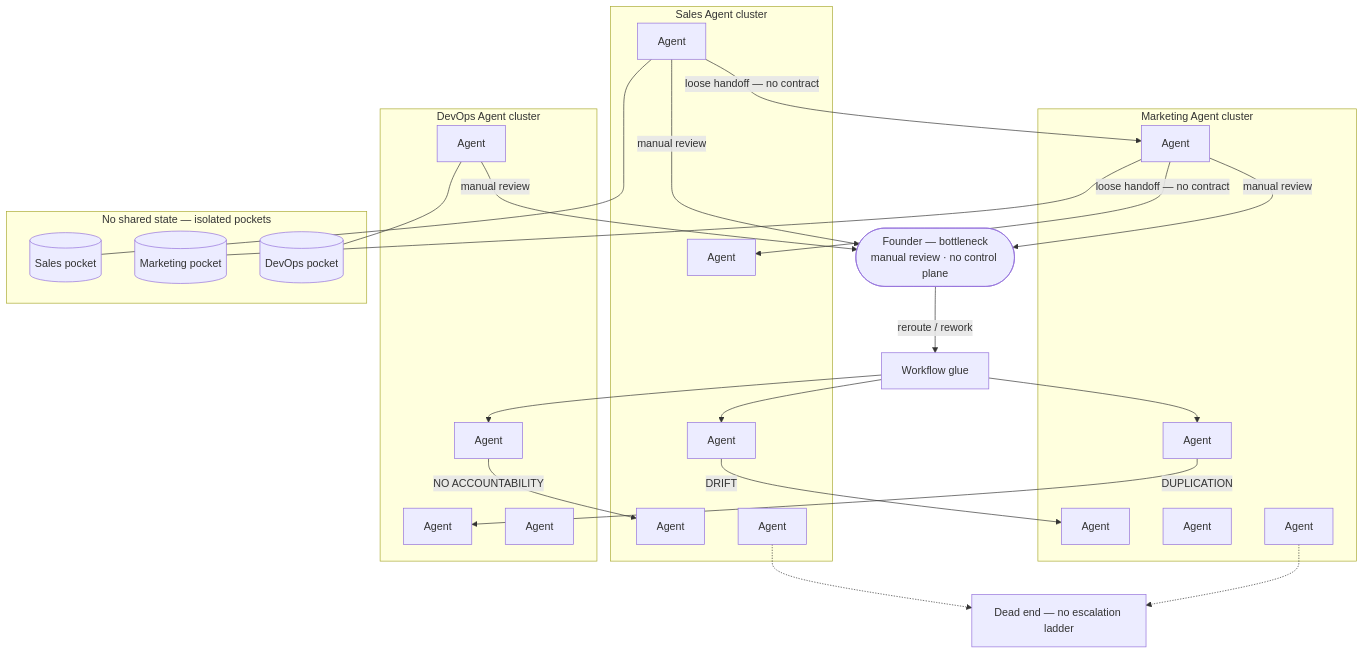
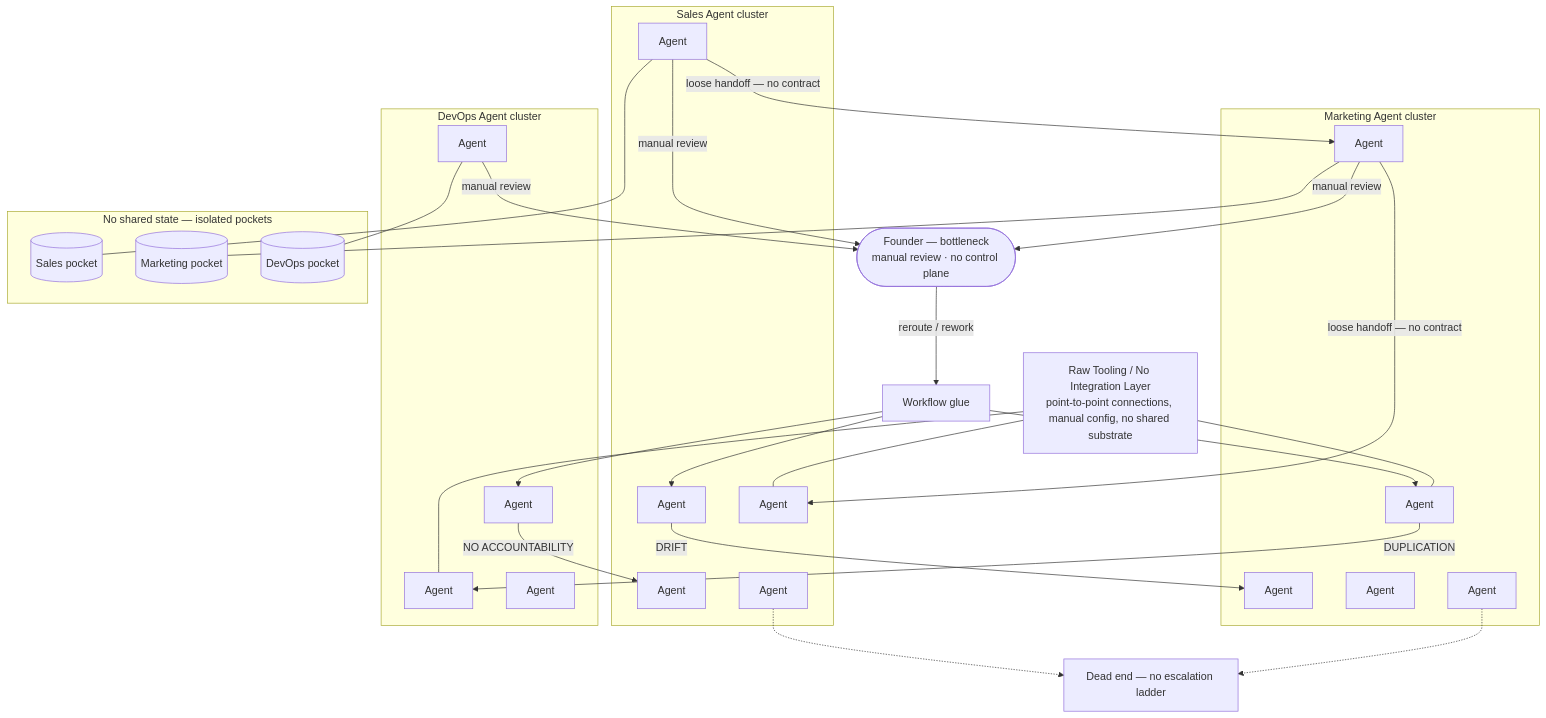
One commit to AlexSeisler/Kloudedge-Architecture-MVP changed the diagram in docs/DIAGRAM_current_state.md. Above: the diagram before and after it, drawn with Mermaid. The commit also changed other lines of this file and 1 other file, not shown here.

Commit message:
docs(P2.2): add raw tooling note and Layer 3 infrastructure substrate

````diff
--- a/docs/DIAGRAM_current_state.md
+++ b/docs/DIAGRAM_current_state.md
@@ -5,59 +5,65 @@
 ```mermaid
 flowchart TD
   F(["Founder — bottleneck<br/>manual review · no control plane"])
 
   subgraph SC["Sales Agent cluster"]
     S1[Agent]
     S2[Agent]
     S3[Agent]
     S4[Agent]
     S5[Agent]
   end
 
   subgraph MC["Marketing Agent cluster"]
     M1[Agent]
     M2[Agent]
     M3[Agent]
     M4[Agent]
     M5[Agent]
   end
 
   subgraph DC["DevOps Agent cluster"]
     D1[Agent]
     D2[Agent]
     D3[Agent]
     D4[Agent]
   end
+
+  RAW["Raw Tooling / No Integration Layer<br/>point-to-point connections, manual config, no shared substrate"]
 
   WG[Workflow glue]
 
   subgraph pockets["No shared state — isolated pockets"]
     PS[(Sales pocket)]
     PM[(Marketing pocket)]
     PD[(DevOps pocket)]
   end
 
   S1 -->|loose handoff — no contract| M1
   M1 -->|loose handoff — no contract| S3
 
   S2 -->|DRIFT| M2
   M3 -->|DUPLICATION| D2
   D3 -->|NO ACCOUNTABILITY| S4
 
   S1 --- PS
   M1 --- PM
   D1 --- PD
 
   S1 -->|manual review| F
   M1 -->|manual review| F
   D1 -->|manual review| F
 
   F -->|reroute / rework| WG
   WG --> S2
   WG --> M3
   WG --> D3
 
   DEAD[Dead end — no escalation ladder]
   S5 -.-> DEAD
   M5 -.-> DEAD
+
+  RAW --- S3
+  RAW --- M3
+  RAW --- D2
 ```
````
